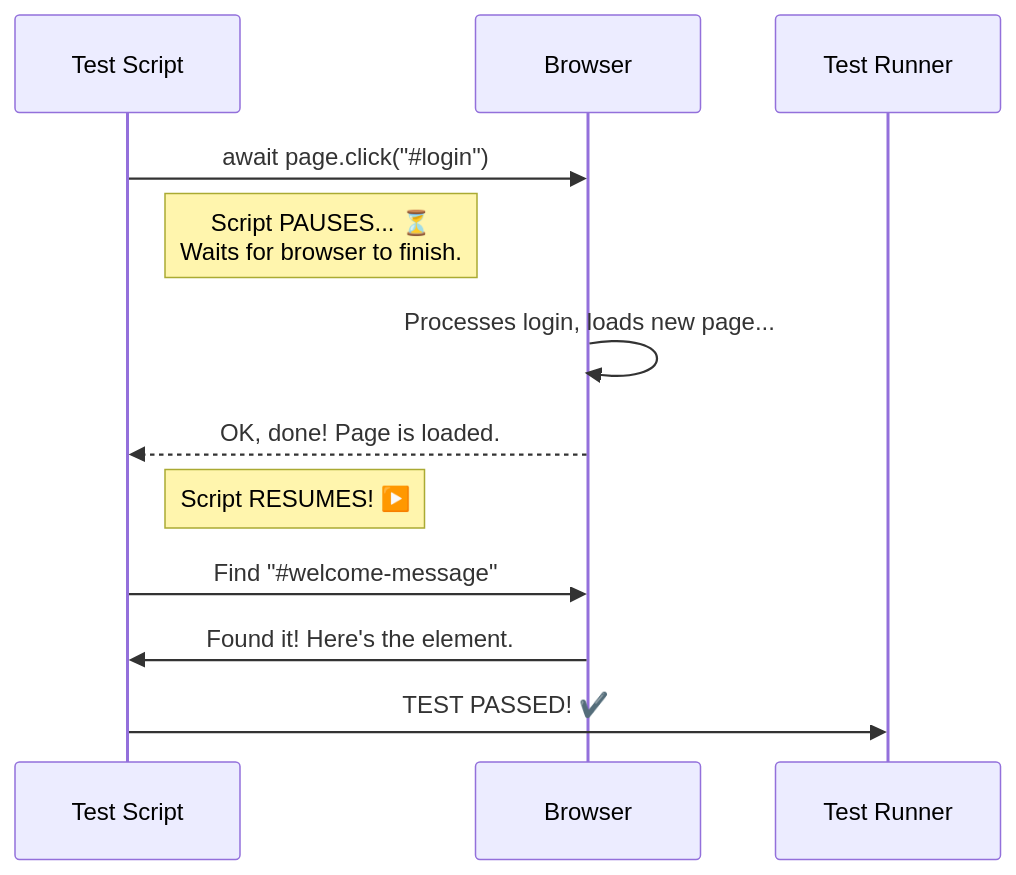
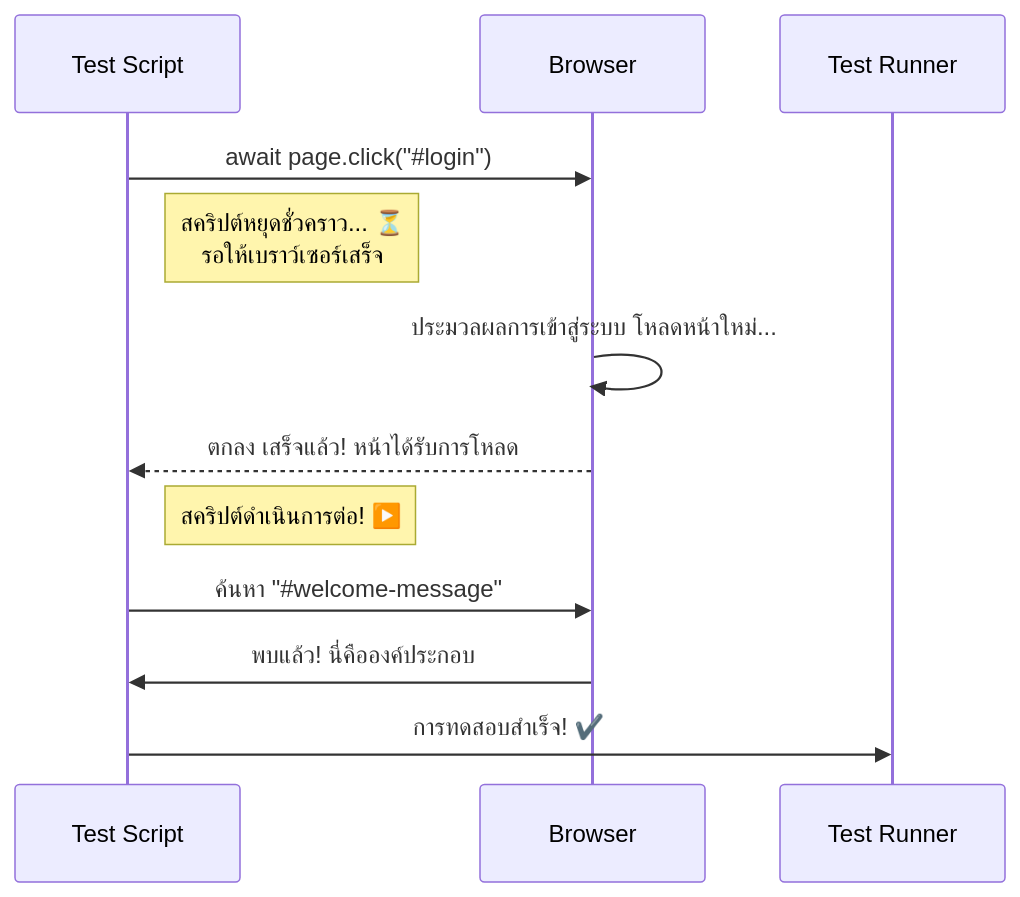
The second of 2 diagrams in docs/Module 0: Foundations/1_basic_programming.md (S2P2/beginner-guide-web-testing-th), drawn with Mermaid before and after one commit. The commit also changed other lines of this file and 5 other files, not shown here.

````diff
--- a/docs/Module 0: Foundations/1_basic_programming.md
+++ b/docs/Module 0: Foundations/1_basic_programming.md
@@ -181,15 +183,15 @@
 ```mermaid
 sequenceDiagram
     participant Test Script
     participant Browser
     participant Test Runner
 
     Test Script->>Browser: await page.click("#35;login")
-    Note right of Test Script: Script PAUSES... ⏳<br/>Waits for browser to finish.
-    Browser->>Browser: Processes login, loads new page...
-    Browser-->>Test Script: OK, done! Page is loaded.
-    Note right of Test Script: Script RESUMES! ▶️
-    Test Script->>Browser: Find "#35;welcome-message"
-    Browser->>Test Script: Found it! Here's the element.
-    Test Script->>Test Runner: TEST PASSED! ✔️
+    Note right of Test Script: สคริปต์หยุดชั่วคราว... ⏳<br/>รอให้เบราว์เซอร์เสร็จ
+    Browser->>Browser: ประมวลผลการเข้าสู่ระบบ โหลดหน้าใหม่...
+    Browser-->>Test Script: ตกลง เสร็จแล้ว! หน้าได้รับการโหลด
+    Note right of Test Script: สคริปต์ดำเนินการต่อ! ▶️
+    Test Script->>Browser: ค้นหา "#35;welcome-message"
+    Browser->>Test Script: พบแล้ว! นี่คือองค์ประกอบ
+    Test Script->>Test Runner: การทดสอบสำเร็จ! ✔️
 ```
````
